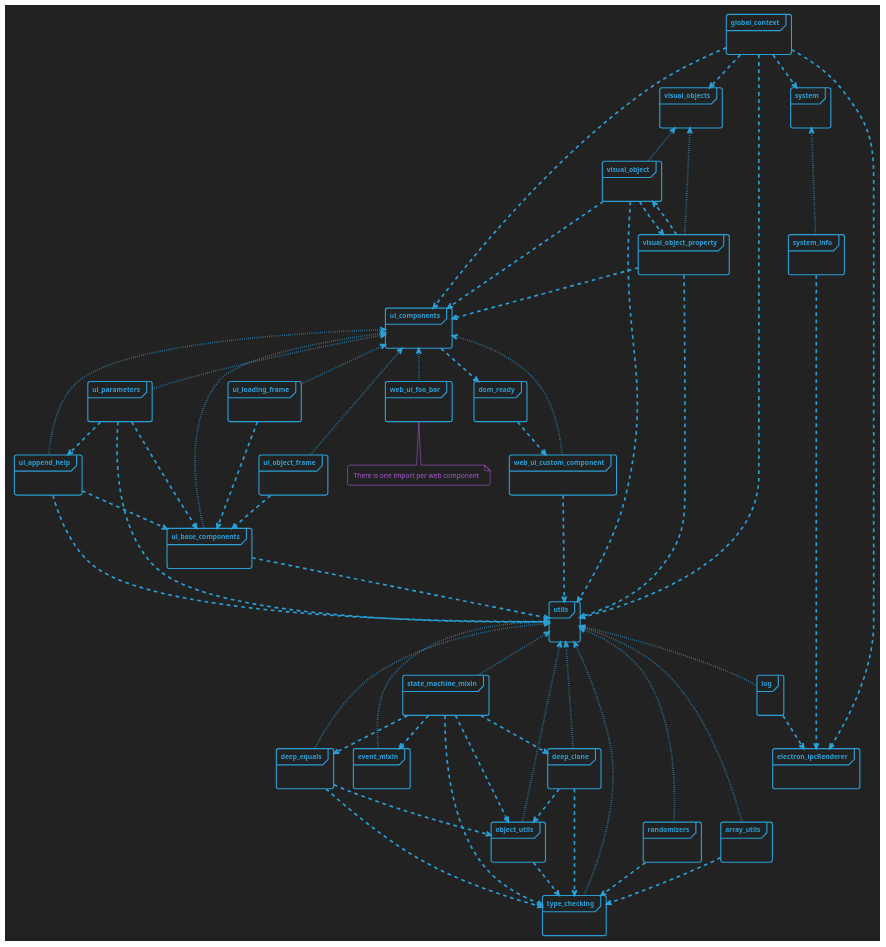
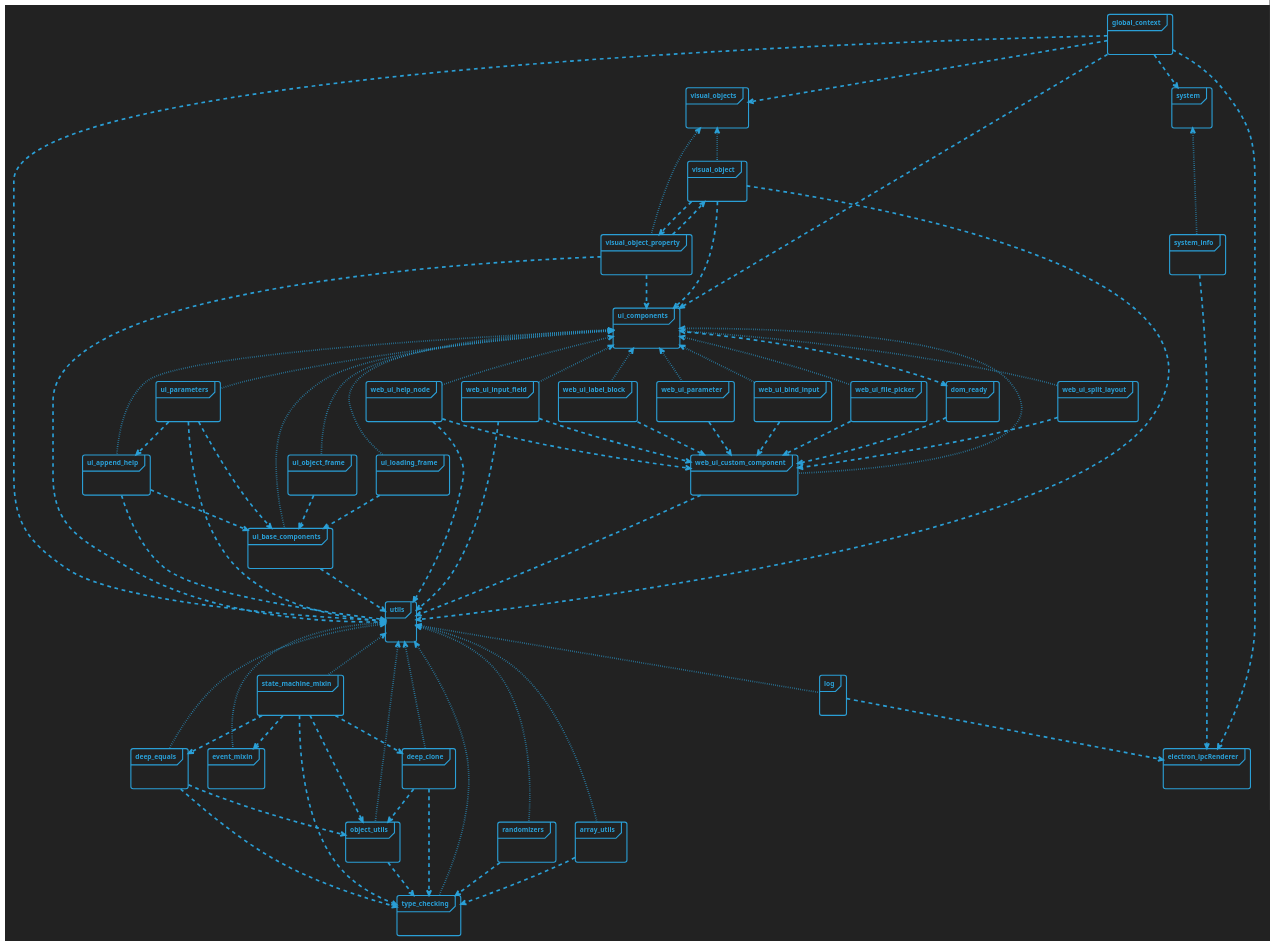
One commit to Picorims/wav2bar changed the diagram in docs/modules.plantuml. Above: the diagram before and after it, drawn with PlantUML. The commit also changed 16 other files, not shown here.

Commit message:
add webUIInputField, improve props handling, fix infinite loop in bind states, improve JSDoc typing of custom components

```diff
--- a/docs/modules.plantuml
+++ b/docs/modules.plantuml
@@ -1,143 +1,168 @@
 @startuml modules
 
 'Wav2Bar - Free software for creating audio visualization (motion design) videos
 'Copyright (C) 2022  Picorims <picorims.contact@gmail.com>
 
 'This program is free software: you can redistribute it and/or modify
 'it under the terms of the GNU General Public License as published by
 'the Free Software Foundation, either version 3 of the License, or
 'any later version.
 
 'This program is distributed in the hope that it will be useful,
 'but WITHOUT ANY WARRANTY; without even the implied warranty of
 'MERCHANTABILITY or FITNESS FOR A PARTICULAR PURPOSE.  See the
 'GNU General Public License for more details.
 
 'You should have received a copy of the GNU General Public License
 'along with this program.  If not, see <https://www.gnu.org/licenses/>.
 
 !theme cyborg-outline
 skinparam BackgroundColor #222222
 skinparam PackageStyle frame
 
 'package: dotted = export, otherwise = import
 
 package "global_context" {}
 global_context ..> utils
 global_context ..> ui_components
 global_context ..> system
 global_context ..> electron_ipcRenderer
 global_context ..> visual_objects
 
 
 
 package "electron_ipcRenderer" {}
 
 
 
 package "system" {}
 system <.[dotted]. system_info
 
 package "system_info" {}
 system_info ..> electron_ipcRenderer
 
 
 
 package "ui_components" {}
 ui_components <.[dotted]. ui_base_components
 ui_components <.[dotted]. web_ui_custom_component
-ui_components <.[dotted]. web_ui_foo_bar
+
+'ui_components <.[dotted]. web_ui_foo_bar
+ui_components <.[dotted]. web_ui_split_layout
+ui_components <.[dotted]. web_ui_label_block
+ui_components <.[dotted]. web_ui_parameter
+ui_components <.[dotted]. web_ui_help_node
+ui_components <.[dotted]. web_ui_bind_input
+ui_components <.[dotted]. web_ui_file_picker
+ui_components <.[dotted]. web_ui_input_field
+
 ui_components ..> dom_ready
 ui_components <.[dotted]. ui_parameters
 ui_components <.[dotted]. ui_append_help
 ui_components <.[dotted]. ui_object_frame
 ui_components <.[dotted]. ui_loading_frame
 
 package "ui_base_components" {}
 ui_base_components ..> utils
 
 package "web_ui_custom_component" {}
 web_ui_custom_component ..> utils
 
-package "web_ui_foo_bar" {}
-note bottom of web_ui_foo_bar: There is one import per web component
+' package "web_ui_foo_bar" {}
+'note bottom of web_ui_foo_bar: There is one import per web component
+package "web_ui_split_layout" {}
+web_ui_split_layout ..> web_ui_custom_component
+package "web_ui_label_block" {}
+web_ui_label_block ..> web_ui_custom_component
+package "web_ui_parameter" {}
+web_ui_parameter ..> web_ui_custom_component
+package "web_ui_help_node" {}
+web_ui_help_node ..> web_ui_custom_component
+web_ui_help_node ..> utils
+package "web_ui_bind_input" {}
+web_ui_bind_input ..> web_ui_custom_component
+package "web_ui_file_picker" {}
+web_ui_file_picker ..> web_ui_custom_component
+package "web_ui_input_field" {}
+web_ui_input_field ..> web_ui_custom_component
+web_ui_input_field ..> utils
 
 package "dom_ready" {}
 dom_ready ..> web_ui_custom_component
 
 package "ui_parameters" {}
 ui_parameters ..> utils
 ui_parameters ..> ui_base_components
 ui_parameters ..> ui_append_help
 
 package "ui_append_help" {}
 ui_append_help ..> utils
 ui_append_help ..> ui_base_components
 
 package "ui_object_frame" {}
 ui_object_frame ..> ui_base_components
 
 package "ui_loading_frame" {}
 ui_loading_frame ..> ui_base_components
 
 
 
 package "utils" {}
 utils <.[dotted]. type_checking
 utils <.[dotted]. randomizers
 utils <.[dotted]. array_utils
 utils <.[dotted]. log
 utils <.[dotted]. event_mixin
 utils <.[dotted]. state_machine_mixin
 utils <.[dotted]. object_utils
 utils <.[dotted]. deep_equals
 utils <.[dotted]. deep_clone
 
 package "array_utils" {}
 array_utils ..> type_checking
 
 package "randomizers" {}
 randomizers ..> type_checking
 
 package "type_checking" {}
 
 package "log" {}
 log ..> electron_ipcRenderer
 
 package "event_mixin" {}
 
 package "state_machine_mixin" {}
 state_machine_mixin ..> type_checking
 state_machine_mixin ..> event_mixin
 state_machine_mixin ..> object_utils
 state_machine_mixin ..> deep_clone
 state_machine_mixin ..> deep_equals
 
 package "object_utils" {}
 object_utils ..> type_checking
 
 package "deep_equals" {}
 deep_equals ..> type_checking
 deep_equals ..> object_utils
 
 package "deep_clone" {}
 deep_clone ..> type_checking
 deep_clone ..> object_utils
 
 
 
 package "visual_objects" {}
 visual_objects <.[dotted]. visual_object
 visual_objects <.[dotted]. visual_object_property
 
 package "visual_object" {}
 visual_object ..> ui_components
 visual_object ..> utils
 visual_object ..> visual_object_property
 
 package "visual_object_property" {}
 visual_object_property ..> visual_object
 visual_object_property ..> utils
 visual_object_property ..> ui_components
 
 @enduml
```
